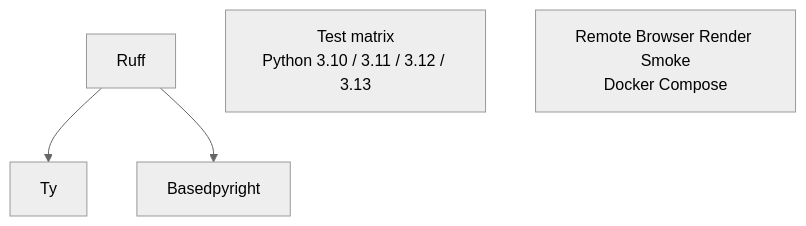
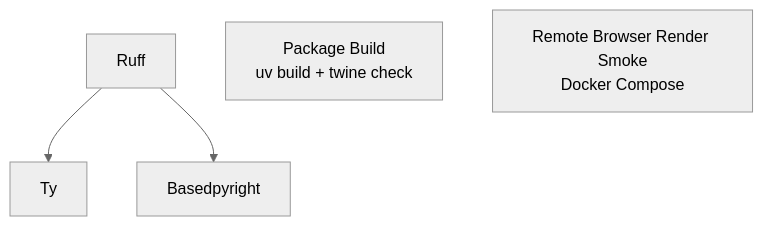
The diagram in docs/maintainers/quality/ci-actions.md (kexue-z/nonebot-plugin-htmlrender), drawn with Mermaid (neutral theme) before and after one commit. The commit also changed other lines of this file and 3 other files, not shown here.

Commit message:
ci(workflows): split package validation from coverage matrix

````diff
--- a/docs/maintainers/quality/ci-actions.md
+++ b/docs/maintainers/quality/ci-actions.md
@@ -28,7 +31,7 @@
 ```mermaid
 flowchart TD
     A["Ruff"] --> B["Ty"]
     A --> C["Basedpyright"]
-    D["Test matrix<br/>Python 3.10 / 3.11 / 3.12 / 3.13"]
+    D["Package Build<br/>uv build + twine check"]
     E["Remote Browser Render Smoke<br/>Docker Compose"]
 ```
````
